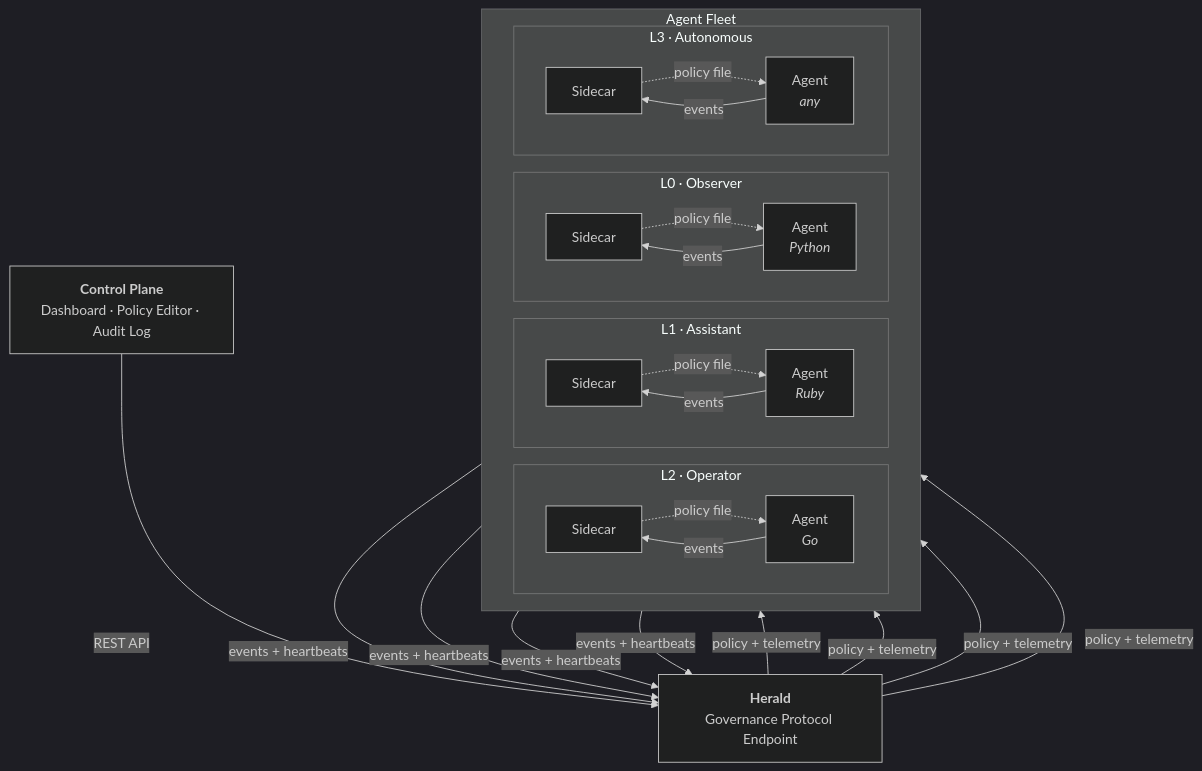
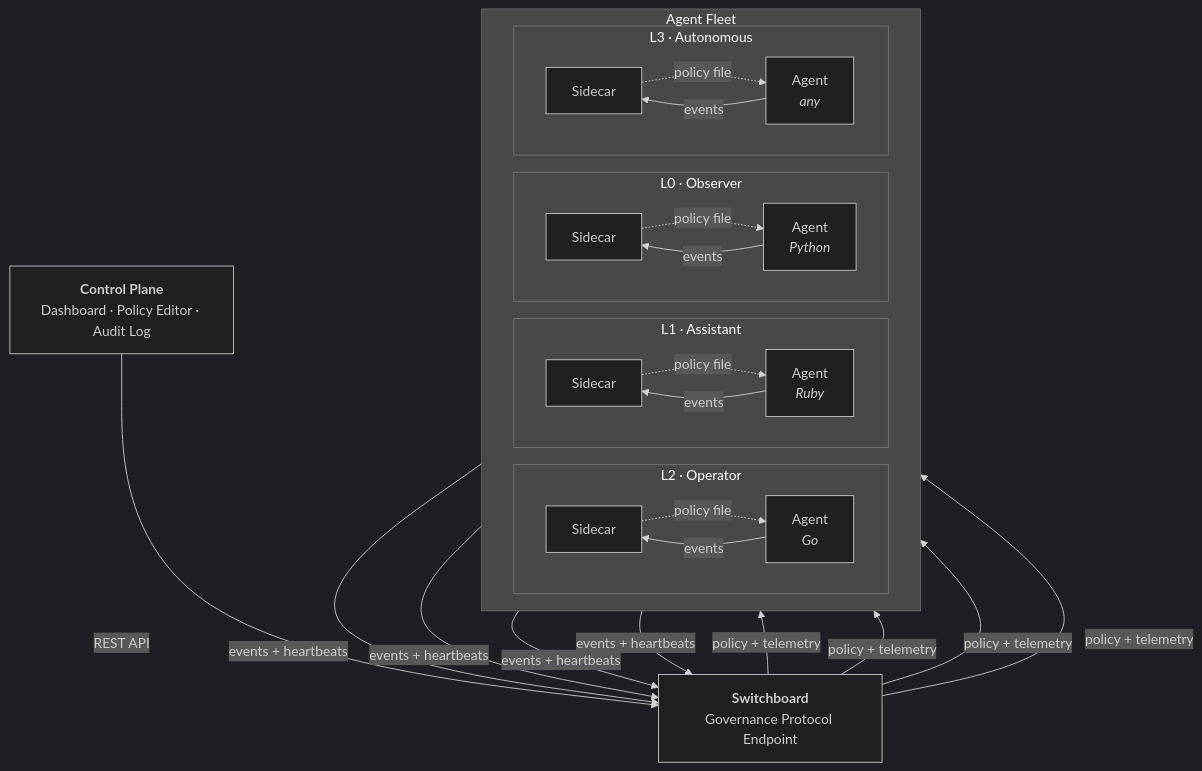
Before and after one commit to watthem/switchboard: the diagram in README.md, drawn with Mermaid (dark theme). The commit also changed other lines of this file and 56 other files, not shown here.

First line of the commit message:
Rename herald → switchboard, add dashboard screenshots

````diff
--- a/README.md
+++ b/README.md
@@ -17,49 +19,49 @@
 ```mermaid
 graph TD
     CP["<b>Control Plane</b><br/>Dashboard · Policy Editor · Audit Log"]
-    H["<b>Herald</b><br/>Governance Protocol Endpoint"]
+    H["<b>Switchboard</b><br/>Governance Protocol Endpoint"]
 
     CP -- "REST API" --> H
 
     subgraph fleet ["Agent Fleet"]
         direction LR
 
         subgraph a1 ["L0 · Observer"]
             S1["Sidecar"]
             A1["Agent<br/><i>Python</i>"]
             S1 -. "policy file" .-> A1
             A1 -- "events" --> S1
         end
 
         subgraph a2 ["L1 · Assistant"]
             S2["Sidecar"]
             A2["Agent<br/><i>Ruby</i>"]
             S2 -. "policy file" .-> A2
             A2 -- "events" --> S2
         end
 
         subgraph a3 ["L2 · Operator"]
             S3["Sidecar"]
             A3["Agent<br/><i>Go</i>"]
             S3 -. "policy file" .-> A3
             A3 -- "events" --> S3
         end
 
         subgraph a4 ["L3 · Autonomous"]
             S4["Sidecar"]
             A4["Agent<br/><i>any</i>"]
             S4 -. "policy file" .-> A4
             A4 -- "events" --> S4
         end
     end
 
     H -- "policy + telemetry" --> S1
     H -- "policy + telemetry" --> S2
     H -- "policy + telemetry" --> S3
     H -- "policy + telemetry" --> S4
 
     S1 -- "events + heartbeats" --> H
     S2 -- "events + heartbeats" --> H
     S3 -- "events + heartbeats" --> H
     S4 -- "events + heartbeats" --> H
 ```
````
